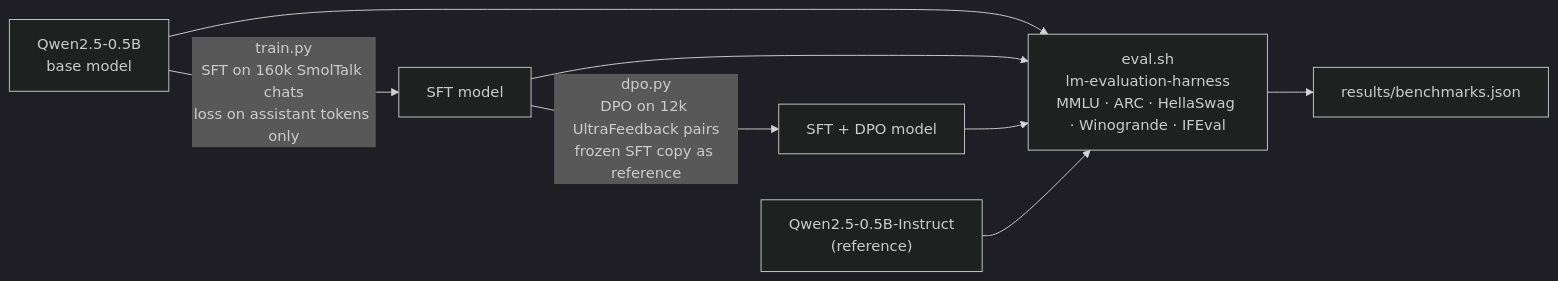
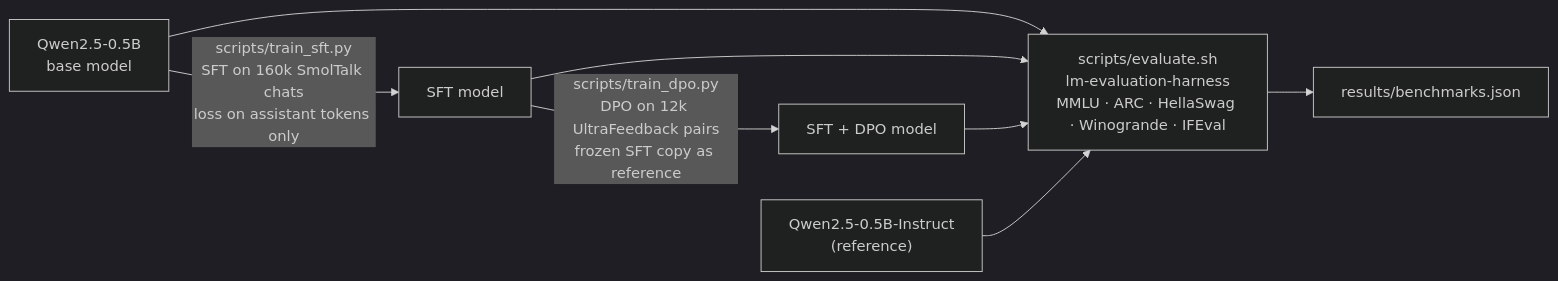
The diagram in README.md (kishorhange111/mini-chatgpt), drawn with Mermaid (dark theme) before and after one commit. The commit also changed other lines of this file and 19 other files, not shown here.

````diff
--- a/README.md
+++ b/README.md
@@ -44,10 +44,10 @@
 ```mermaid
 flowchart LR
-    A["Qwen2.5-0.5B<br/>base model"] -->|"train.py<br/>SFT on 160k SmolTalk chats<br/>loss on assistant tokens only"| B["SFT model"]
-    B -->|"dpo.py<br/>DPO on 12k UltraFeedback pairs<br/>frozen SFT copy as reference"| C["SFT + DPO model"]
+    A["Qwen2.5-0.5B<br/>base model"] -->|"scripts/train_sft.py<br/>SFT on 160k SmolTalk chats<br/>loss on assistant tokens only"| B["SFT model"]
+    B -->|"scripts/train_dpo.py<br/>DPO on 12k UltraFeedback pairs<br/>frozen SFT copy as reference"| C["SFT + DPO model"]
     A --> E
     B --> E
     C --> E
     R["Qwen2.5-0.5B-Instruct<br/>(reference)"] --> E
-    E["eval.sh<br/>lm-evaluation-harness<br/>MMLU · ARC · HellaSwag · Winogrande · IFEval"] --> S["results/benchmarks.json"]
+    E["scripts/evaluate.sh<br/>lm-evaluation-harness<br/>MMLU · ARC · HellaSwag · Winogrande · IFEval"] --> S["results/benchmarks.json"]
 ```
````
